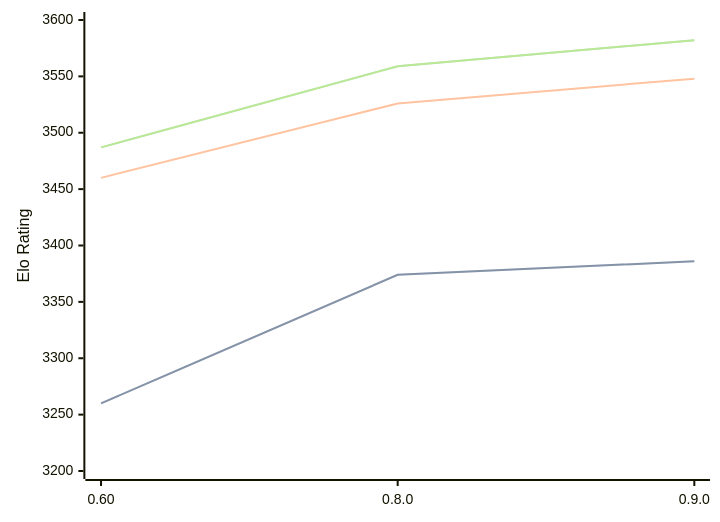
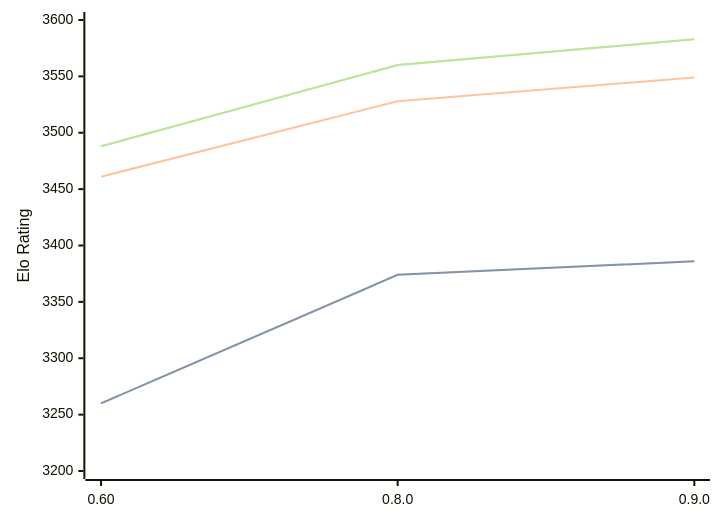
The diagram in engines/Motor.md (computer-chess-index/cci), drawn with Mermaid before and after one commit. The commit also changed other lines of this file, not shown here.

Commit message:
Update CCI Ratings (ELO VLTC) - 2026-05-17

````diff
--- a/engines/Motor.md
+++ b/engines/Motor.md
@@ -39,11 +39,11 @@
 ```mermaid
 %%{init: {"theme":"base","themeVariables":{"seriesColors:['#a3a3a3','#222221','#faa371']}}}%%
 xychart-beta
   x-axis ["0.60", "0.8.0", "0.9.0"]
   y-axis "Elo Rating" 3200 --> 3600
   line "STC (8.0+0.08s)" [3260, 3374, 3386]
   line "STC (8.0+0.08s)" [3260, 3374, 3386]
-  line "LTC (60.0+0.60s)" [3460, 3526, 3548]
-  line "VLTC (2m24s+1.12s)" [3487, 3559, 3582]
-  line "VLTC (2m24s+1.12s)" [3487, 3559, 3582]
+  line "LTC (60.0+0.60s)" [3461, 3528, 3549]
+  line "VLTC (2m24s+1.12s)" [3488, 3560, 3583]
+  line "VLTC (2m24s+1.12s)" [3488, 3560, 3583]
 ```
````
